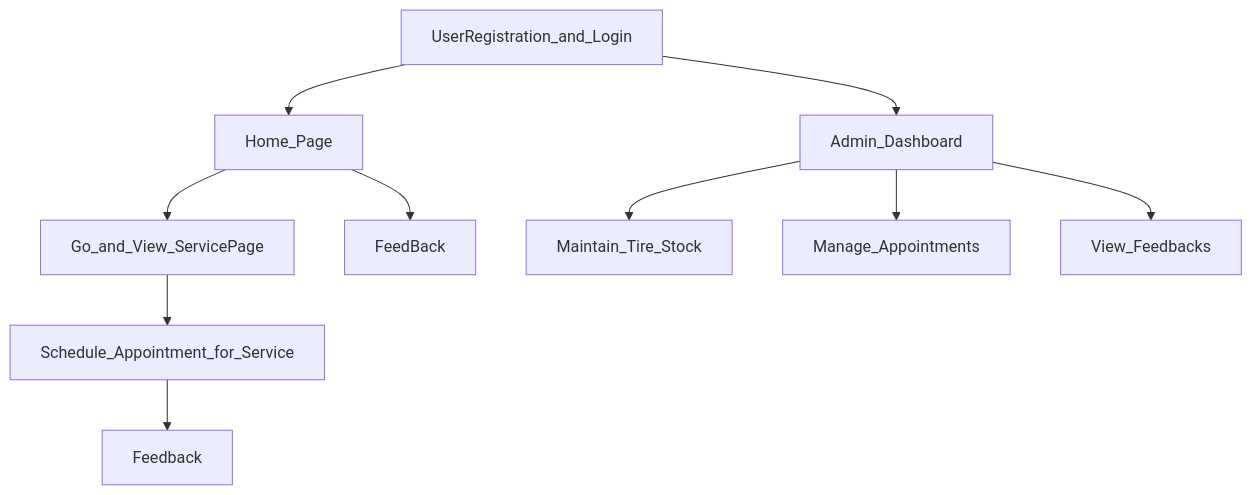
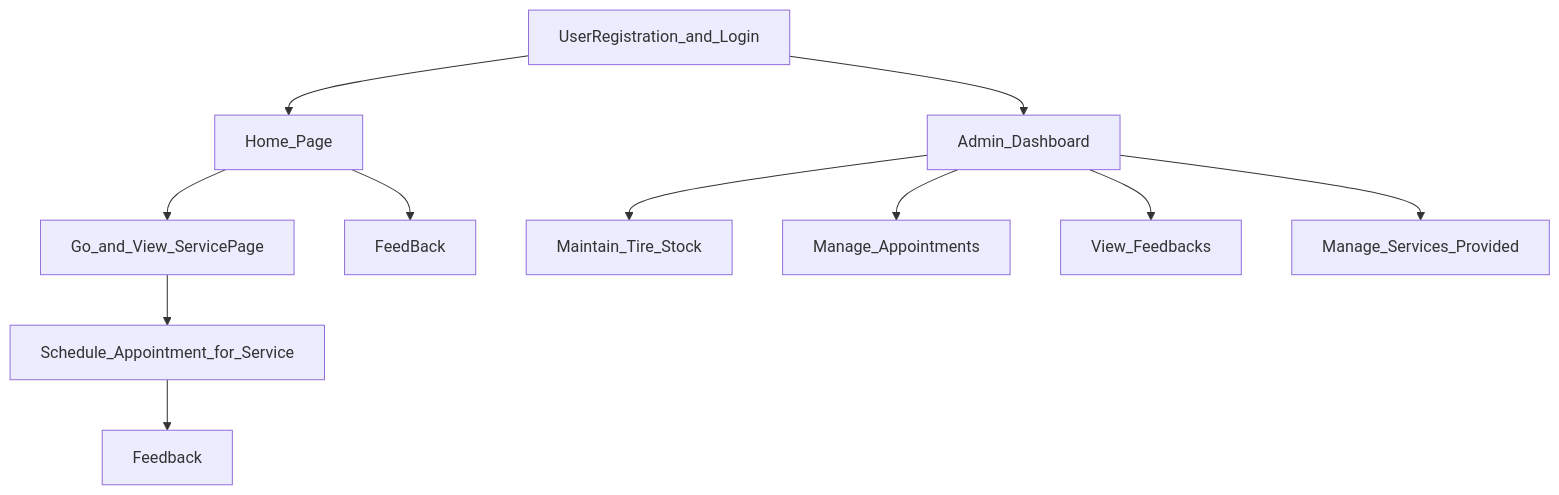
The diagram in README.md (1rithwik/WebApplication_Project), drawn with Mermaid before and after one commit.

````diff
--- a/README.md
+++ b/README.md
@@ -74,12 +74,13 @@
 ```mermaid
 graph TD;
 UserRegistration_and_Login --> Home_Page;
 UserRegistration_and_Login --> Admin_Dashboard;
 Home_Page --> Go_and_View_ServicePage;
 Go_and_View_ServicePage --> Schedule_Appointment_for_Service;
 Admin_Dashboard --> Maintain_Tire_Stock;
 Admin_Dashboard --> Manage_Appointments;
 Admin_Dashboard --> View_Feedbacks;
 Home_Page --> FeedBack;
 Schedule_Appointment_for_Service --> Feedback;
+Admin_Dashboard --> Manage_Services_Provided
 ```
````
